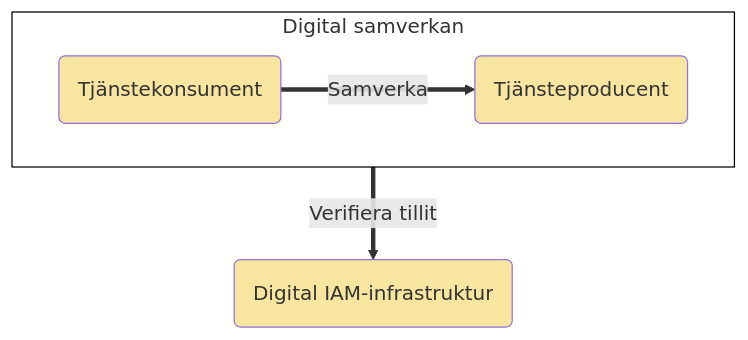
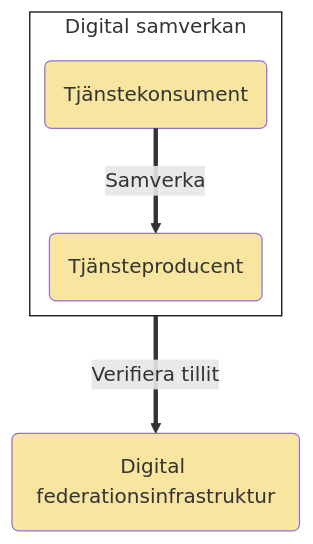
Before and after one commit to diggsweden/ena-authorization: the second of 11 diagrams in architecture/drafts/IAM_TargetArchitecture_Sweden.md, drawn with Mermaid. The commit also changed other lines of this file, not shown here.

````diff
--- a/architecture/drafts/IAM_TargetArchitecture_Sweden.md
+++ b/architecture/drafts/IAM_TargetArchitecture_Sweden.md
@@ -68,23 +74,24 @@
 ```mermaid
+%%{init: {"flowchart": {"defaultRenderer": "elk"}} }%%
 flowchart TB
 
 classDef org fill:#F8E5A0
 classDef comp fill:#CCE1FF
 classDef box fill:#ffffff,stroke:#000000
 
 subgraph is[Digital samverkan]
     po(Tjänsteproducent)
     po:::org
 
     co(Tjänstekonsument)
     co:::org
 
     co==Samverka==>po
 end
 is:::box
 
-ss(Digital IAM-infrastruktur)
+ss(Digital federationsinfrastruktur)
 ss:::org
 
 is==Verifiera tillit==>ss
 ```
````
